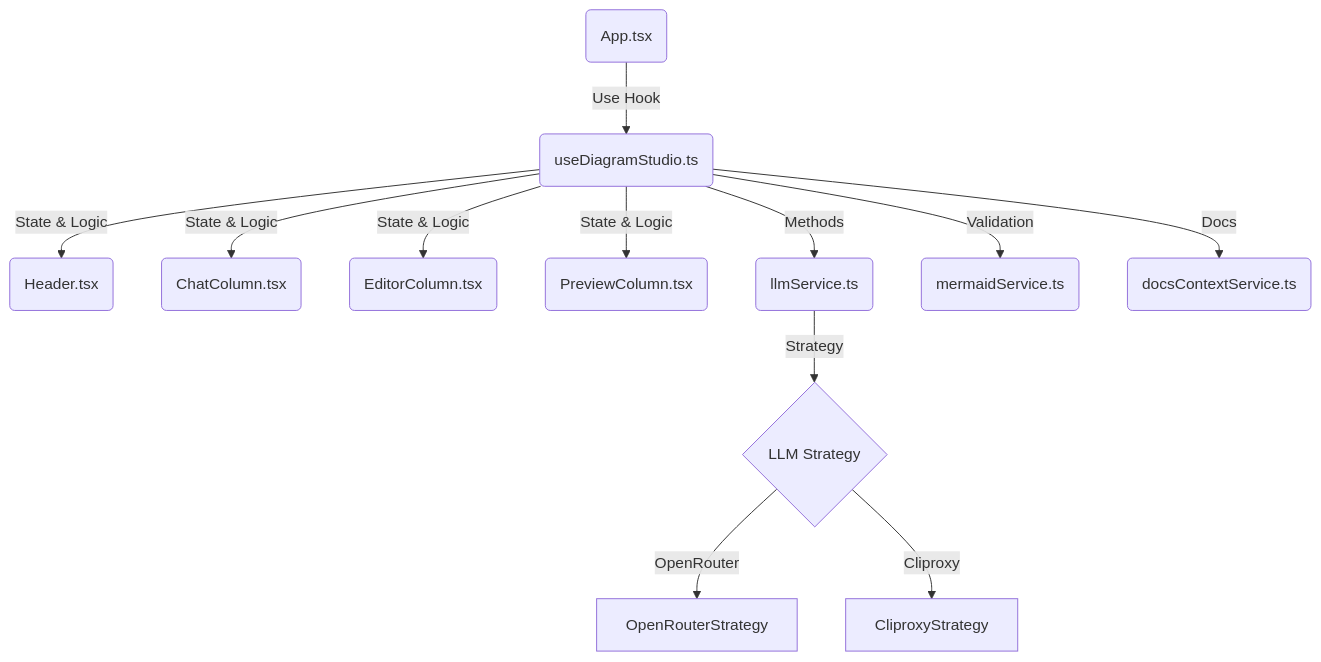
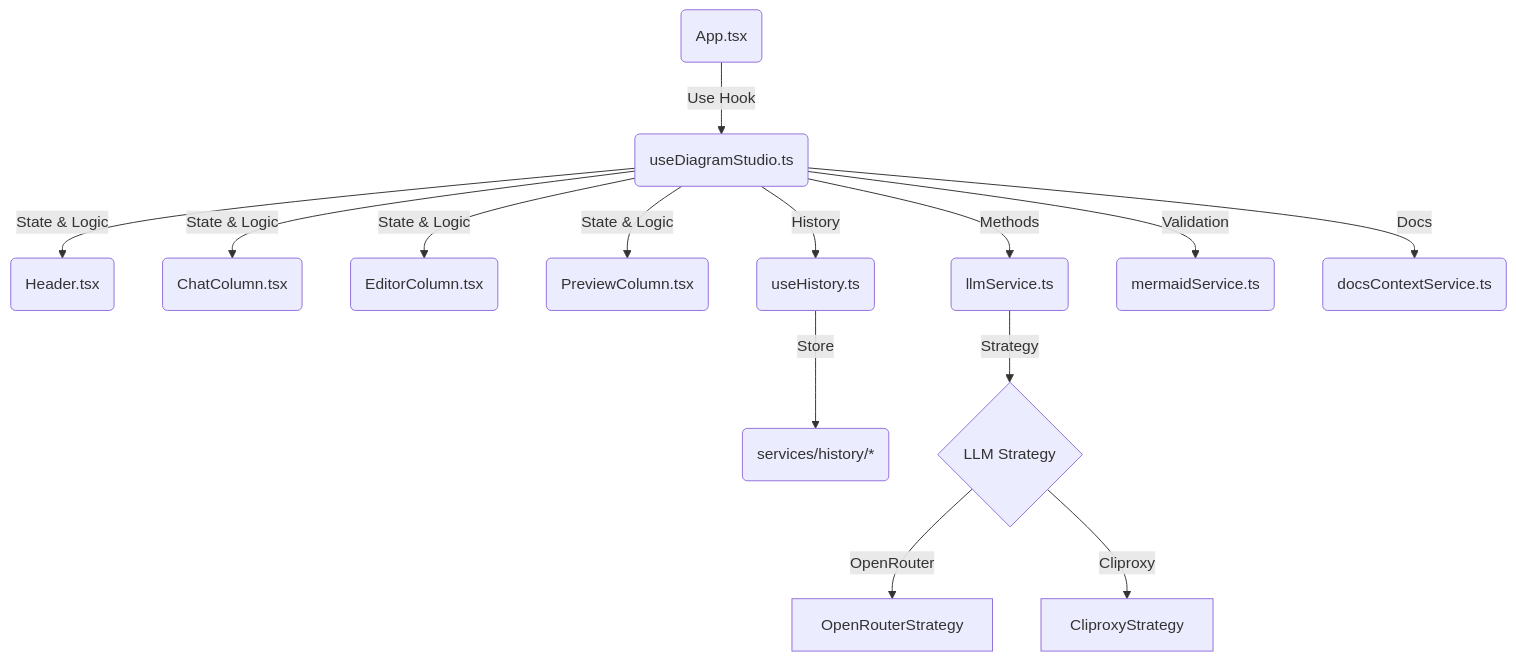
One commit to Dmitry-dev-pet/mermaid-compiller changed the diagram in features/001-mermaid-core/plan.md. Above: the diagram before and after it, drawn with Mermaid. The commit also changed other lines of this file and 3 other files, not shown here.

````diff
--- a/features/001-mermaid-core/plan.md
+++ b/features/001-mermaid-core/plan.md
@@ -8,16 +8,18 @@
 ```mermaid
 graph TD
     App(App.tsx) -->|Use Hook| Hook(useDiagramStudio.ts)
     Hook -->|State & Logic| Header(Header.tsx)
     Hook -->|State & Logic| Chat(ChatColumn.tsx)
     Hook -->|State & Logic| Editor(EditorColumn.tsx)
     Hook -->|State & Logic| Preview(PreviewColumn.tsx)
+    Hook -->|History| HistoryHook(useHistory.ts)
     
     Hook -->|Methods| LLMService(llmService.ts)
     Hook -->|Validation| MermaidService(mermaidService.ts)
     Hook -->|Docs| DocsService(docsContextService.ts)
+    HistoryHook -->|Store| HistoryStore(services/history/*)
     
     LLMService -->|Strategy| Strategy{LLM Strategy}
     Strategy -->|OpenRouter| OpenRouter[OpenRouterStrategy]
     Strategy -->|Cliproxy| Cliproxy[CliproxyStrategy]
 ```
````
